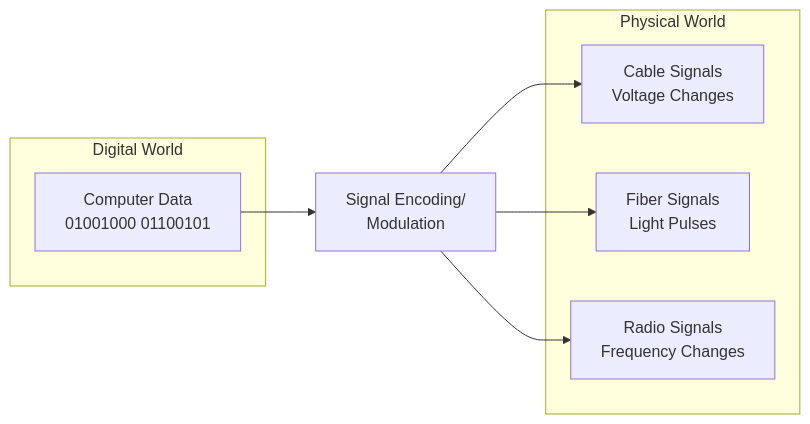
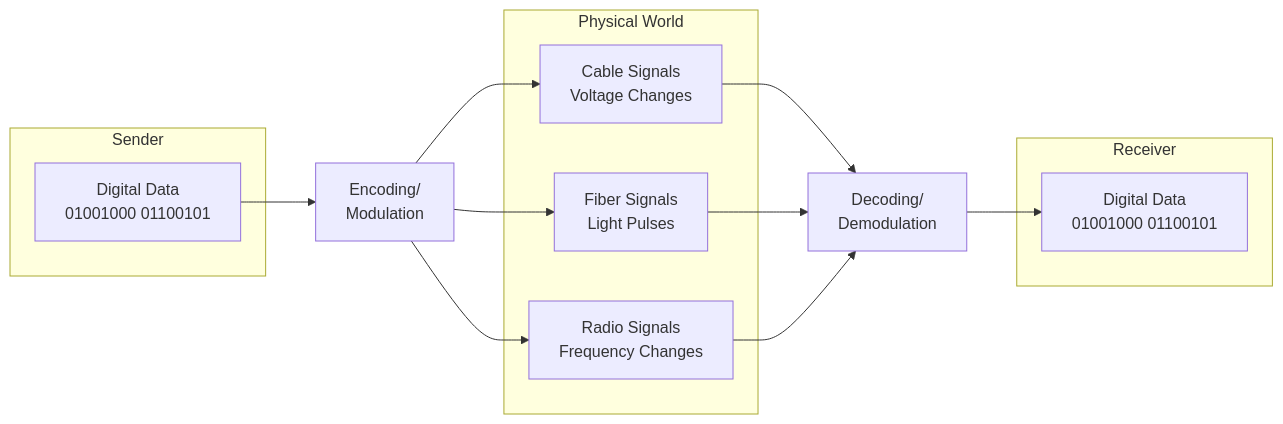
The first of 4 diagrams in 07_modulation_physical_layer.md (tkr22777/teaching-kg-574), drawn with Mermaid before and after one commit. The commit also changed other lines of this file, not shown here.

````diff
--- a/07_modulation_physical_layer.md
+++ b/07_modulation_physical_layer.md
@@ -32,17 +20,25 @@
 ```mermaid
 graph LR
-    subgraph "Digital World"
-        Data[Computer Data<br/>01001000 01100101]
+    subgraph "Sender"
+        DataA[Digital Data<br/>01001000 01100101]
     end
   
     subgraph "Physical World"  
         Cable[Cable Signals<br/>Voltage Changes]
         Fiber[Fiber Signals<br/>Light Pulses]
         Radio[Radio Signals<br/>Frequency Changes]
     end
+    
+    subgraph "Receiver"
+        DataB[Digital Data<br/>01001000 01100101]
+    end
   
-    Data --> Encoding[Signal Encoding/<br/>Modulation]
+    DataA --> Encoding[Encoding/<br/>Modulation]
     Encoding --> Cable
     Encoding --> Fiber  
     Encoding --> Radio
+    Cable --> Decoding[Decoding/<br/>Demodulation]
+    Fiber --> Decoding
+    Radio --> Decoding
+    Decoding --> DataB
 ```
````
